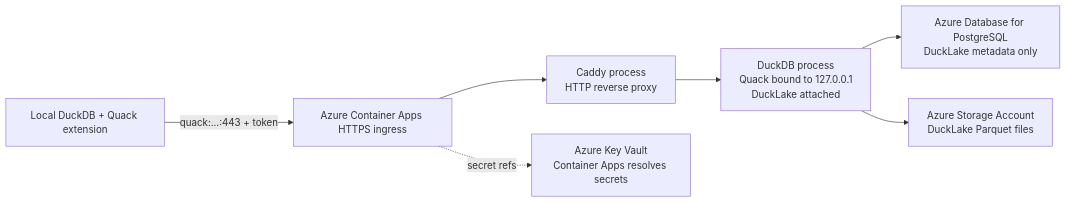
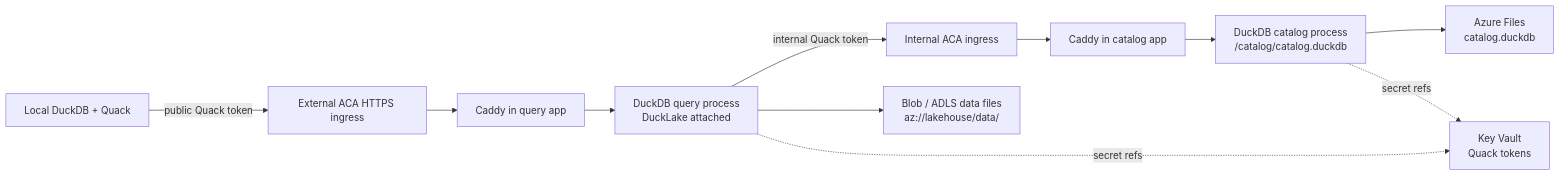
One commit to MiguelElGallo/azquack changed the diagram in docs/architecture.md. Above: the diagram before and after it, drawn with Mermaid. The commit also changed other lines of this file and 18 other files, not shown here.

Commit message:
Add PostgreSQL-free Quack catalog deployment

````diff
--- a/docs/architecture.md
+++ b/docs/architecture.md
@@ -5,17 +5,22 @@
 ```mermaid
 flowchart LR
-    local["Local DuckDB + Quack extension"]
-    ingress["Azure Container Apps HTTPS ingress"]
-    proxy["Caddy process\nHTTP reverse proxy"]
-    server["DuckDB process\nQuack bound to 127.0.0.1\nDuckLake attached"]
-    pg["Azure Database for PostgreSQL\nDuckLake metadata only"]
-    blob["Azure Storage Account\nDuckLake Parquet files"]
-    kv["Azure Key Vault\nContainer Apps resolves secrets"]
+    local["Local DuckDB + Quack"]
+    ingress["External ACA HTTPS ingress"]
+    queryProxy["Caddy in query app"]
+    query["DuckDB query process\nDuckLake attached"]
+    catalogIngress["Internal ACA ingress"]
+    catalogProxy["Caddy in catalog app"]
+    catalog["DuckDB catalog process\n/catalog/catalog.duckdb"]
+    blob["Blob / ADLS data files\naz://lakehouse/data/"]
+    files["Azure Files\ncatalog.duckdb"]
+    kv["Key Vault\nQuack tokens"]
 
-    local -- "quack:...:443 + token" --> ingress
-    ingress --> proxy
-    proxy --> server
-    server --> pg
-    server --> blob
-    ingress -. "secret refs" .-> kv
+    local -- "public Quack token" --> ingress
+    ingress --> queryProxy --> query
+    query -- "internal Quack token" --> catalogIngress
+    catalogIngress --> catalogProxy --> catalog
+    query --> blob
+    catalog --> files
+    query -. "secret refs" .-> kv
+    catalog -. "secret refs" .-> kv
 ```
````
